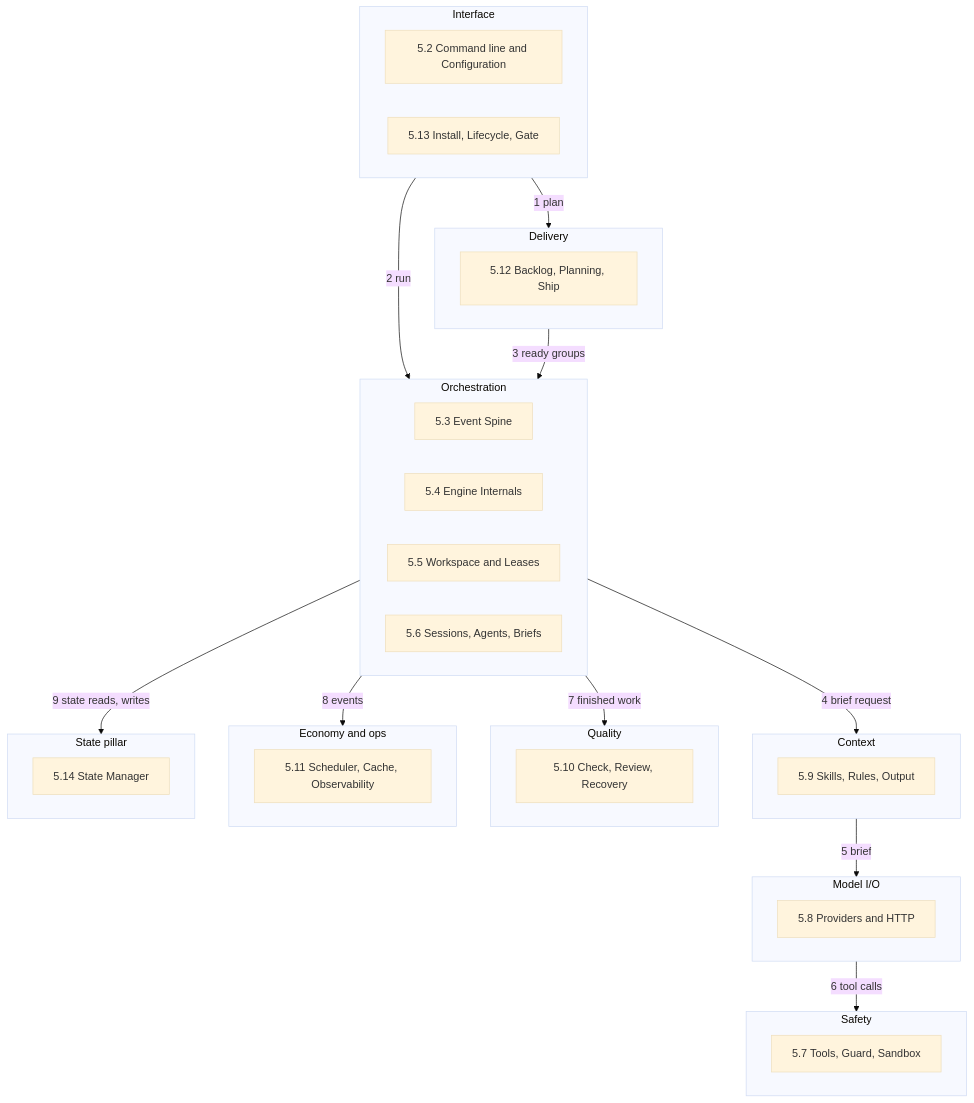
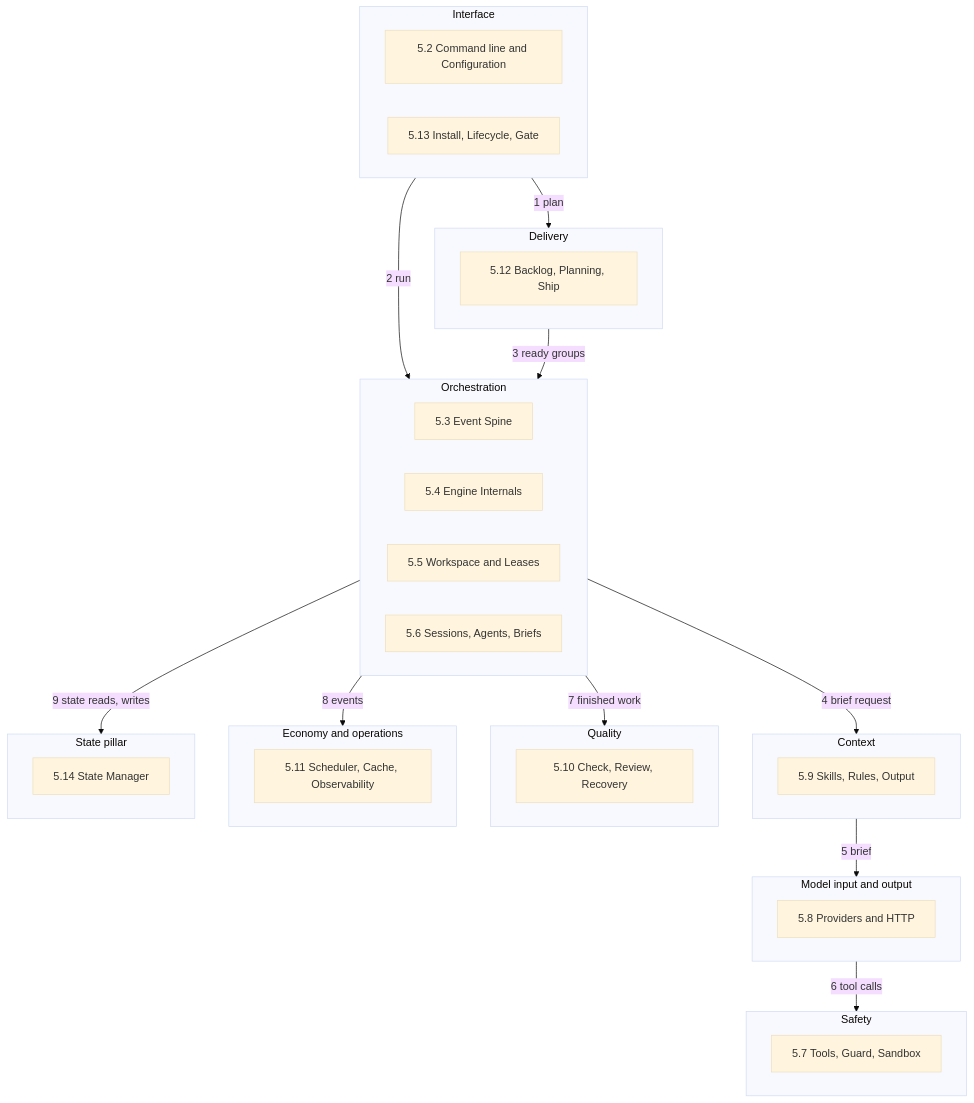
The third of 5 diagrams in docs/hld.md (rdevitto86/komodo-agentic-harness-coding), drawn with Mermaid (base theme) before and after one commit. The commit also changed other lines of this file, not shown here.

````diff
--- a/docs/hld.md
+++ b/docs/hld.md
@@ -342,43 +121,43 @@
 ```mermaid
 flowchart TB
   subgraph IF["Interface"]
     P2["5.2 Command line and Configuration"]
     P13["5.13 Install, Lifecycle, Gate"]
   end
   subgraph DL["Delivery"]
     P12["5.12 Backlog, Planning, Ship"]
   end
   subgraph OR["Orchestration"]
     P3["5.3 Event Spine"]
     P4["5.4 Engine Internals"]
     P5["5.5 Workspace and Leases"]
     P6["5.6 Sessions, Agents, Briefs"]
   end
   subgraph CX["Context"]
     P9["5.9 Skills, Rules, Output"]
   end
-  subgraph MI["Model I/O"]
+  subgraph MI["Model input and output"]
     P8["5.8 Providers and HTTP"]
   end
   subgraph SF["Safety"]
     P7["5.7 Tools, Guard, Sandbox"]
   end
   subgraph QL["Quality"]
     P10["5.10 Check, Review, Recovery"]
   end
-  subgraph EO["Economy and ops"]
+  subgraph EO["Economy and operations"]
     P11["5.11 Scheduler, Cache, Observability"]
   end
   subgraph ST["State pillar"]
     P14["5.14 State Manager"]
   end
   IF -->|"1 plan"| DL
   IF -->|"2 run"| OR
   DL -->|"3 ready groups"| OR
   OR -->|"4 brief request"| CX
   CX -->|"5 brief"| MI
   MI -->|"6 tool calls"| SF
   OR -->|"7 finished work"| QL
   OR -->|"8 events"| EO
   OR -->|"9 state reads, writes"| ST
 ```
````
